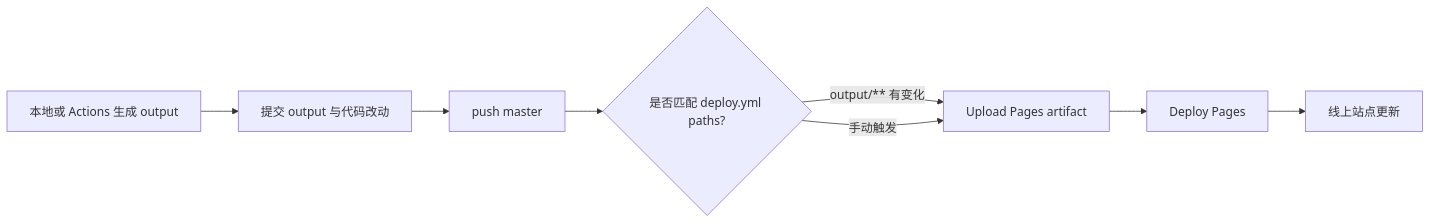
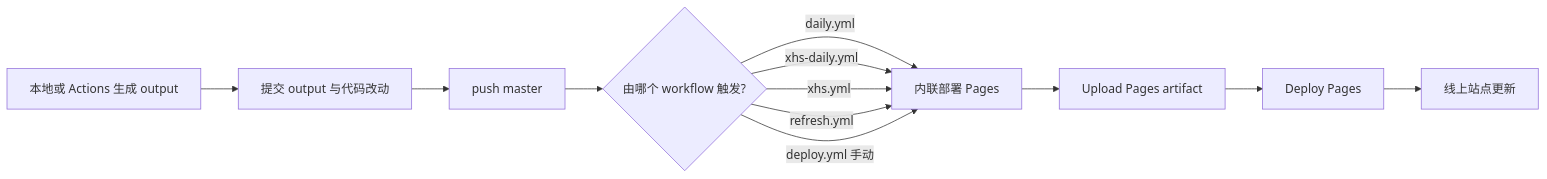
One commit to krisaruz/daily-photo-coach changed the eighth of 9 diagrams in docs/PRD.md. Above: the diagram before and after it, drawn with Mermaid. The commit also changed other lines of this file and 2 other files, not shown here.

````diff
--- a/docs/PRD.md
+++ b/docs/PRD.md
@@ -262,10 +382,14 @@
 ```mermaid
 flowchart LR
     A[本地或 Actions 生成 output] --> B[提交 output 与代码改动]
     B --> C[push master]
-    C --> D{是否匹配 deploy.yml paths?}
-    D -- output/** 有变化 --> E[Upload Pages artifact]
-    D -- 手动触发 --> E
-    E --> F[Deploy Pages]
-    F --> G[线上站点更新]
+    C --> D{由哪个 workflow 触发?}
+    D -- daily.yml --> E[内联部署 Pages]
+    D -- xhs-daily.yml --> E
+    D -- xhs.yml --> E
+    D -- refresh.yml --> E
+    D -- deploy.yml 手动 --> E
+    E --> F[Upload Pages artifact]
+    F --> G[Deploy Pages]
+    G --> H[线上站点更新]
 ```
````
